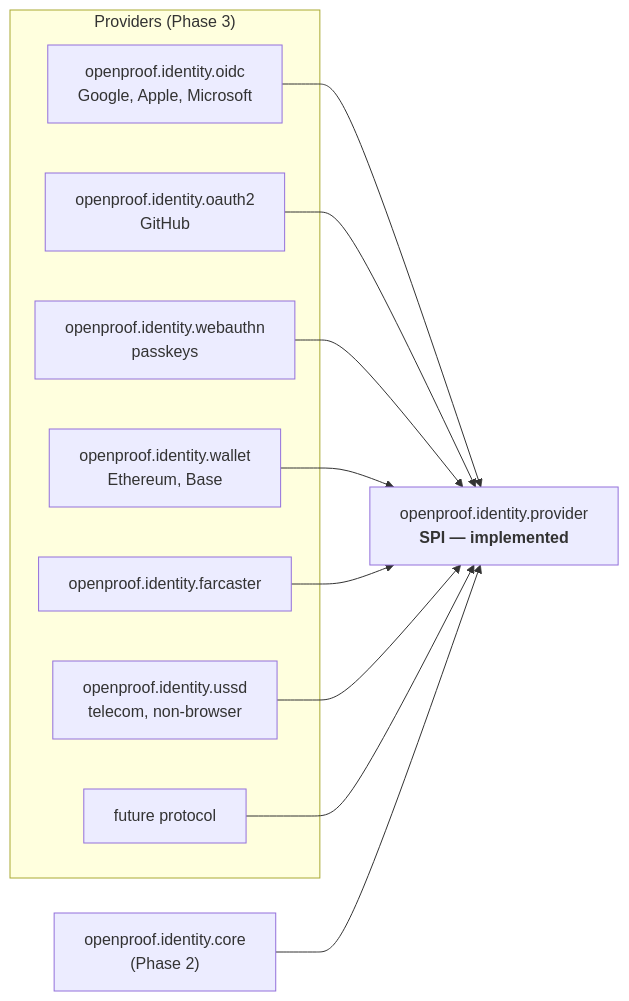
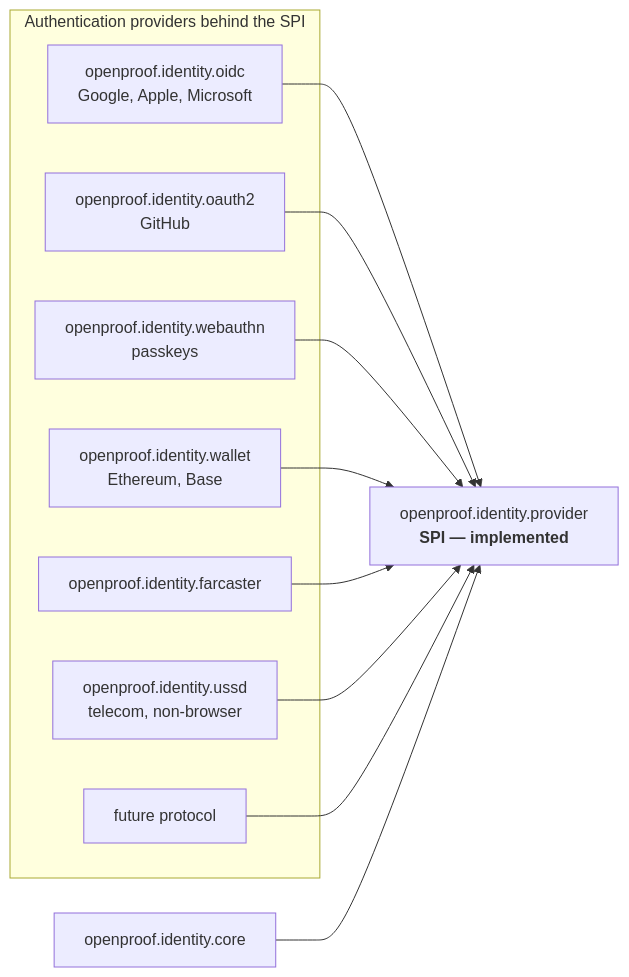
Before and after one commit to genyleap/openproof: the second of 2 diagrams in docs/01-ARCHITECTURE.md, drawn with Mermaid. The commit also changed other lines of this file and 248 other files, not shown here.

````diff
--- a/docs/01-ARCHITECTURE.md
+++ b/docs/01-ARCHITECTURE.md
@@ -132,24 +143,24 @@
 ```mermaid
 graph LR
-    subgraph providers["Providers (Phase 3)"]
+    subgraph providers["Authentication providers behind the SPI"]
         oidc["openproof.identity.oidc<br/>Google, Apple, Microsoft"]
         oauth["openproof.identity.oauth2<br/>GitHub"]
         webauthn["openproof.identity.webauthn<br/>passkeys"]
         wallet["openproof.identity.wallet<br/>Ethereum, Base"]
         farcaster["openproof.identity.farcaster"]
         ussd["openproof.identity.ussd<br/>telecom, non-browser"]
         future["future protocol"]
     end
 
     spi["openproof.identity.provider<br/><b>SPI — implemented</b>"]
-    core["openproof.identity.core<br/>(Phase 2)"]
+    core["openproof.identity.core"]
 
     oidc --> spi
     oauth --> spi
     webauthn --> spi
     wallet --> spi
     farcaster --> spi
     ussd --> spi
     future --> spi
     core --> spi
 ```
````
